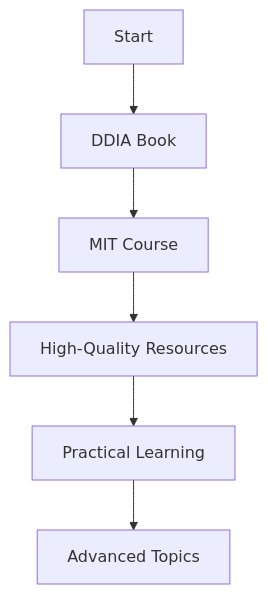
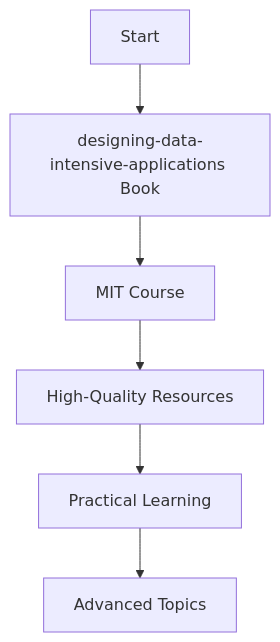
One commit to basilysf1709/distributed-systems changed the diagram in README.md. Above: the diagram before and after it, drawn with Mermaid. The commit also changed other lines of this file, not shown here.

````diff
--- a/README.md
+++ b/README.md
@@ -60,8 +60,8 @@
 ```mermaid
 graph TD
-    A[Start] --> B[DDIA Book]
+    A[Start] --> B[designing-data-intensive-applications Book]
     B --> C[MIT Course]
     C --> D[High-Quality Resources]
     D --> E[Practical Learning]
     E --> F[Advanced Topics]
 ```
````
